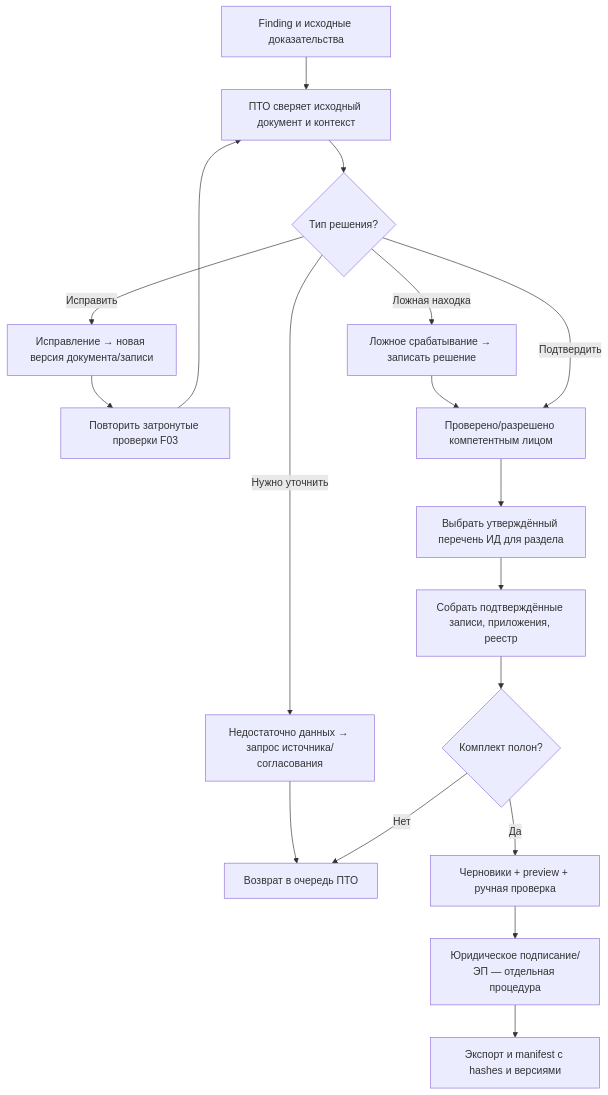
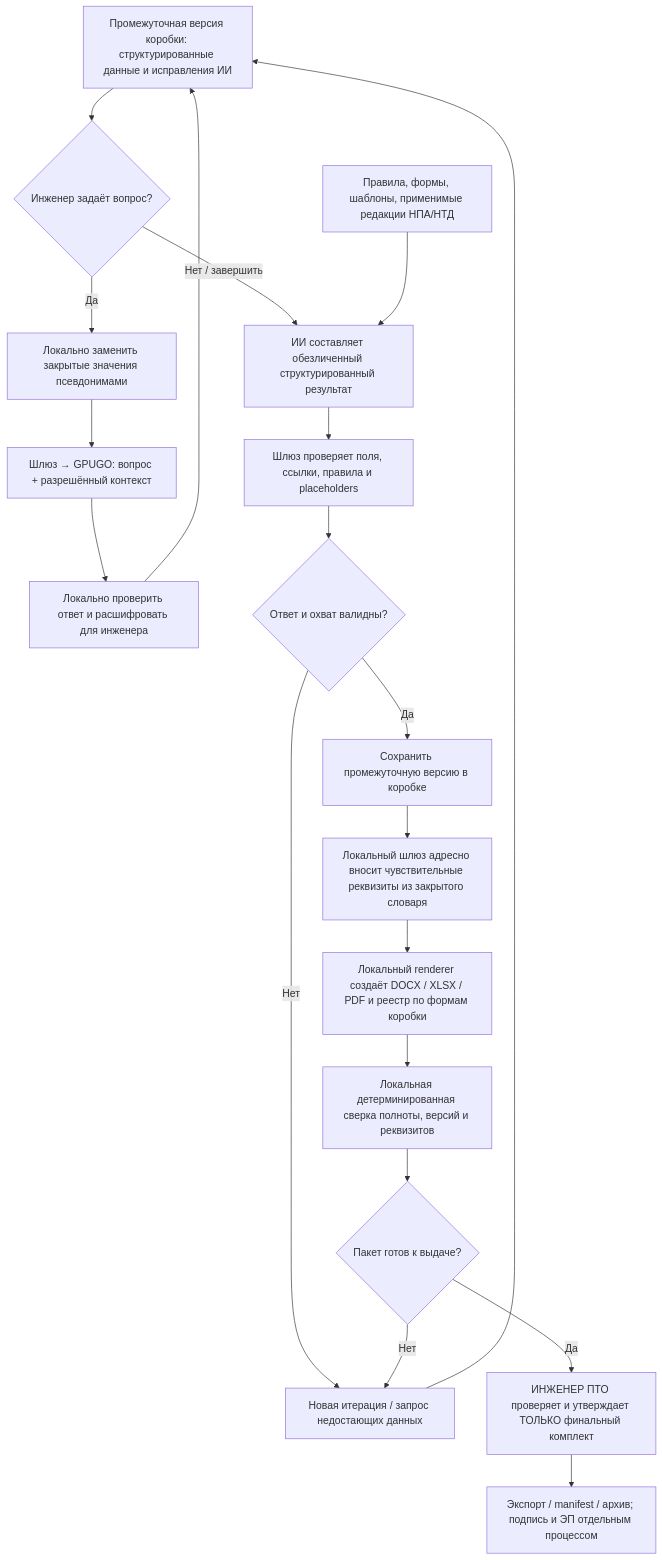
One commit to jetsedpack/construction-docs-saas changed the sixth of 8 diagrams in docs/functional/flowcharts.md. Above: the diagram before and after it, drawn with Mermaid. The commit also changed other lines of this file, not shown here.

Commit message:
docs: sync functional flowcharts with structured AI composition and local sensitive rehydration

````diff
--- a/docs/functional/flowcharts.md
+++ b/docs/functional/flowcharts.md
@@ -146,26 +148,29 @@
 ```mermaid
 flowchart TD
-  F["Finding и исходные доказательства"]
-  REVIEW["ПТО сверяет исходный документ и контекст"]
-  DEC{"Тип решения?"}
-  FALSE["Ложное срабатывание → записать решение"]
-  DATA["Недостаточно данных → запрос источника/согласования"]
-  FIX["Исправление → новая версия документа/записи"]
-  RECHECK["Повторить затронутые проверки F03"]
-  APPROVE["Проверено/разрешено компетентным лицом"]
-  PART["Выбрать утверждённый перечень ИД для раздела"]
-  JOIN["Собрать подтверждённые записи, приложения, реестр"]
-  COMPLETE{"Комплект полон?"}
-  RETURN["Возврат в очередь ПТО"]
-  PREVIEW["Черновики + preview + ручная проверка"]
-  SIGN["Юридическое подписание/ЭП — отдельная процедура"]
-  MANIFEST["Экспорт и manifest с hashes и версиями"]
-  F --> REVIEW --> DEC
-  DEC -- "Ложная находка" --> FALSE --> APPROVE
-  DEC -- "Нужно уточнить" --> DATA --> RETURN
-  DEC -- "Исправить" --> FIX --> RECHECK --> REVIEW
-  DEC -- "Подтвердить" --> APPROVE
-  APPROVE --> PART --> JOIN --> COMPLETE
-  COMPLETE -- "Нет" --> RETURN
-  COMPLETE -- "Да" --> PREVIEW --> SIGN --> MANIFEST
+  STAGE["Промежуточная версия коробки: структурированные данные и исправления ИИ"]
+  ASK{"Инженер задаёт вопрос?"}
+  QUERY["Локально заменить закрытые значения псевдонимами"]
+  DIALOG["Шлюз → GPUGO: вопрос + разрешённый контекст"]
+  ANSWER["Локально проверить ответ и расшифровать для инженера"]
+  RULES["Правила, формы, шаблоны, применимые редакции НПА/НТД"]
+  COMPOSE["ИИ составляет обезличенный структурированный результат"]
+  VALID["Шлюз проверяет поля, ссылки, правила и placeholders"]
+  OK{"Ответ и охват валидны?"}
+  RETRY["Новая итерация / запрос недостающих данных"]
+  SAVE["Сохранить промежуточную версию в коробке"]
+  RESOLVE["Локальный шлюз адресно вносит чувствительные реквизиты из закрытого словаря"]
+  RENDER["Локальный renderer создаёт DOCX / XLSX / PDF и реестр по формам коробки"]
+  VERIFY["Локальная детерминированная сверка полноты, версий и реквизитов"]
+  READY{"Пакет готов к выдаче?"}
+  PTO["ИНЖЕНЕР ПТО проверяет и утверждает ТОЛЬКО финальный комплект"]
+  EXPORT["Экспорт / manifest / архив; подпись и ЭП отдельным процессом"]
+  STAGE --> ASK
+  ASK -- "Да" --> QUERY --> DIALOG --> ANSWER --> STAGE
+  ASK -- "Нет / завершить" --> COMPOSE
+  RULES --> COMPOSE
+  COMPOSE --> VALID --> OK
+  OK -- "Нет" --> RETRY --> STAGE
+  OK -- "Да" --> SAVE --> RESOLVE --> RENDER --> VERIFY --> READY
+  READY -- "Нет" --> RETRY
+  READY -- "Да" --> PTO --> EXPORT
 ```
````
